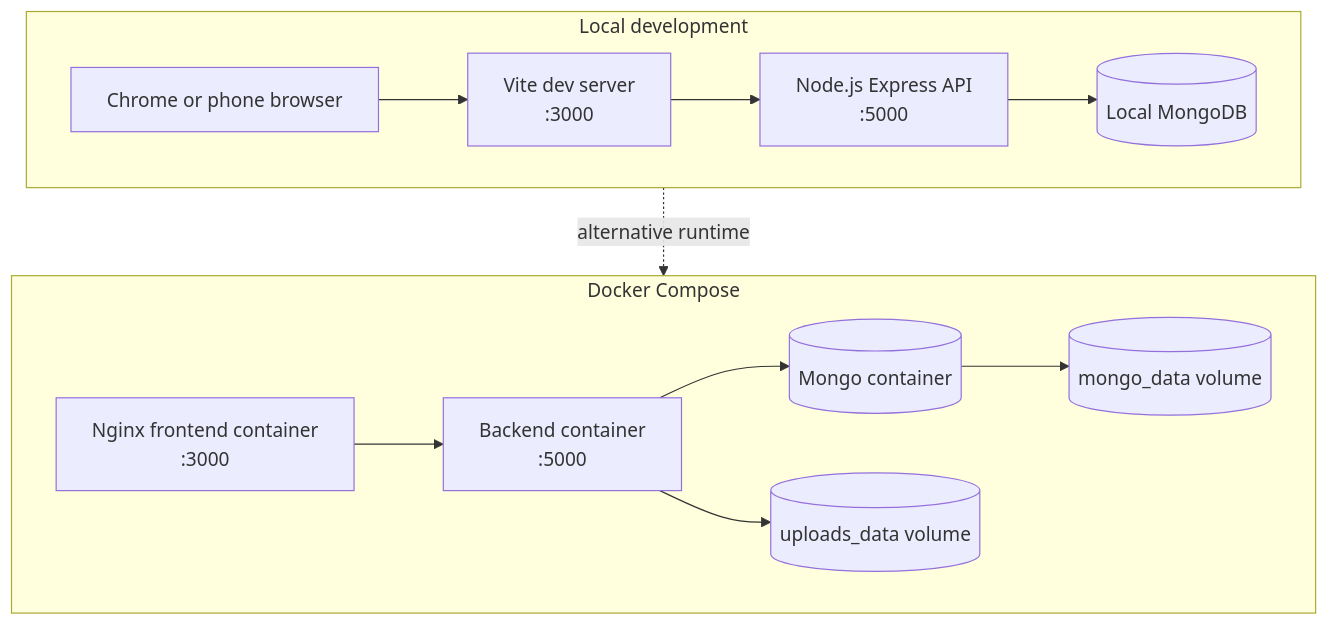
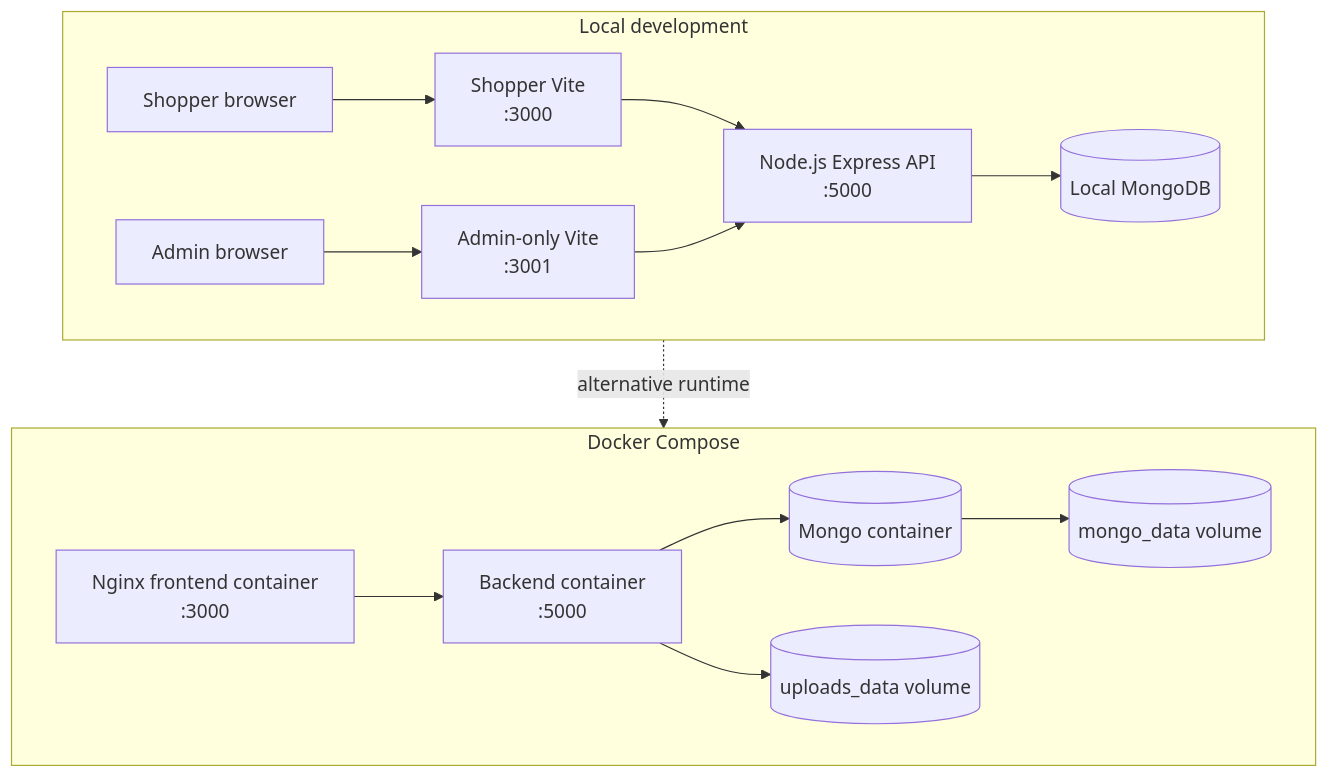
The second of 5 diagrams in docs/ARCHITECTURE.md (arbazfareed/e-commerce), drawn with Mermaid before and after one commit. The commit also changed other lines of this file and 94 other files, not shown here.

````diff
--- a/docs/ARCHITECTURE.md
+++ b/docs/ARCHITECTURE.md
@@ -33,26 +41,30 @@
 ```mermaid
 flowchart TB
     subgraph Local[Local development]
-        Browser[Chrome or phone browser]
-        Vite[Vite dev server\n:3000]
+        ShopperBrowser[Shopper browser]
+        AdminBrowser[Admin browser]
+        ShopperVite[Shopper Vite\n:3000]
+        AdminVite[Admin-only Vite\n:3001]
         Node[Node.js Express API\n:5000]
         LocalMongo[(Local MongoDB)]
-        Browser --> Vite
-        Vite --> Node
+        ShopperBrowser --> ShopperVite
+        AdminBrowser --> AdminVite
+        ShopperVite --> Node
+        AdminVite --> Node
         Node --> LocalMongo
     end
 
     subgraph Compose[Docker Compose]
         Nginx[Nginx frontend container\n:3000]
         Backend[Backend container\n:5000]
         Mongo[(Mongo container)]
         VolumeDB[(mongo_data volume)]
         VolumeUploads[(uploads_data volume)]
         Nginx --> Backend
         Backend --> Mongo
         Mongo --> VolumeDB
         Backend --> VolumeUploads
     end
 
     Local -. alternative runtime .-> Compose
 ```
````
